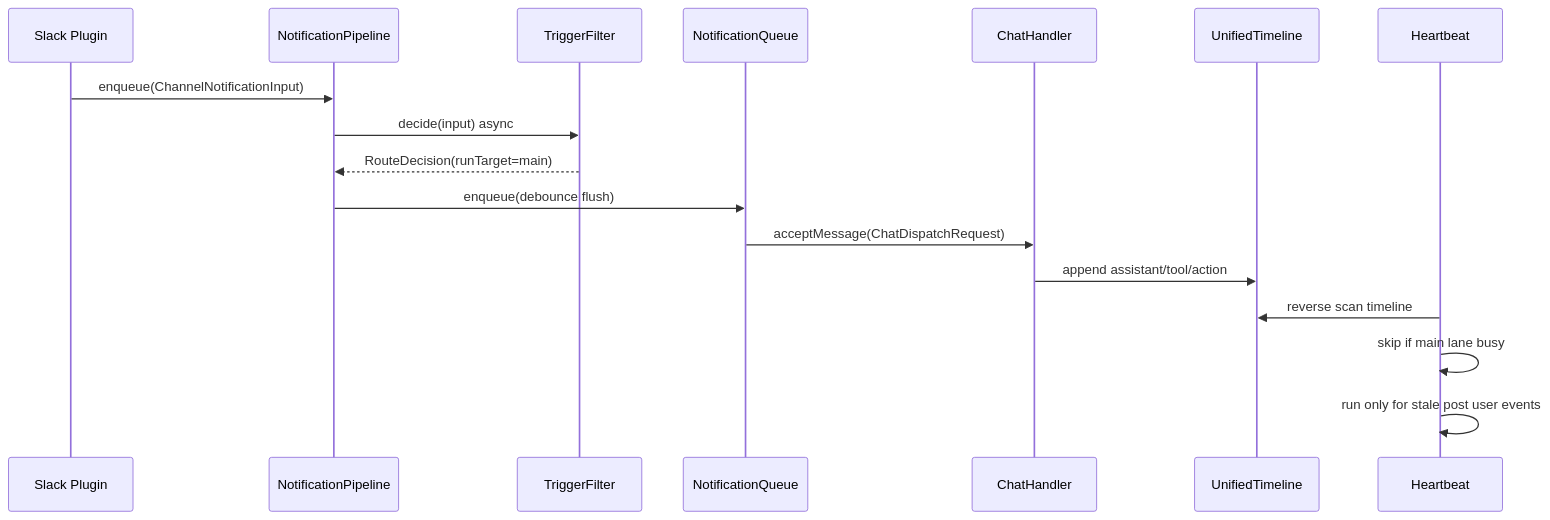
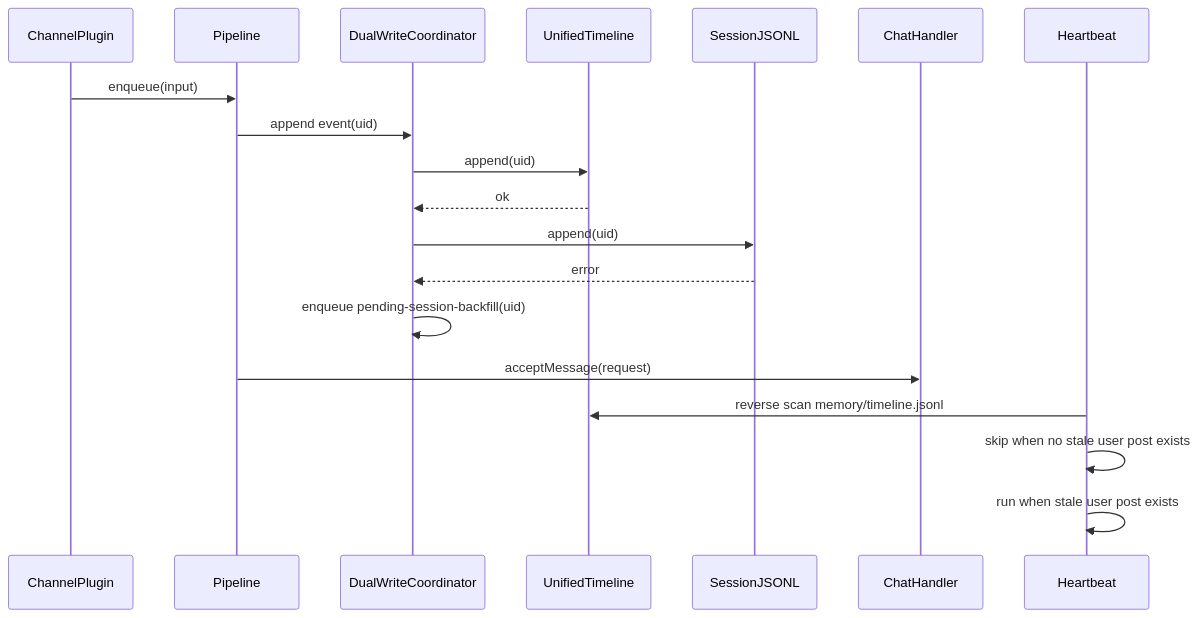
The second of 2 diagrams in doc/plan/260217-s01-openclaw-proactive-gateway-integration.md (masahide/adjutant), drawn with Mermaid before and after one commit. The commit also changed other lines of this file and 1 other file, not shown here.

````diff
--- a/doc/plan/260217-s01-openclaw-proactive-gateway-integration.md
+++ b/doc/plan/260217-s01-openclaw-proactive-gateway-integration.md
@@ -278,21 +324,23 @@
 ```mermaid
 sequenceDiagram
-  participant Slack as Slack Plugin
-  participant Pipe as NotificationPipeline
-  participant Filter as TriggerFilter
-  participant Queue as NotificationQueue
-  participant Chat as ChatHandler
+  participant Plug as ChannelPlugin
+  participant Pipe as Pipeline
+  participant DW as DualWriteCoordinator
   participant TL as UnifiedTimeline
+  participant ST as SessionJSONL
+  participant API as ChatHandler
   participant HB as Heartbeat
 
-  Slack->>Pipe: enqueue(ChannelNotificationInput)
-  Pipe->>Filter: decide(input) async
-  Filter-->>Pipe: RouteDecision(runTarget=main)
-  Pipe->>Queue: enqueue(debounce flush)
-  Queue->>Chat: acceptMessage(ChatDispatchRequest)
-  Chat->>TL: append assistant/tool/action
+  Plug->>Pipe: enqueue(input)
+  Pipe->>DW: append event(uid)
+  DW->>TL: append(uid)
+  TL-->>DW: ok
+  DW->>ST: append(uid)
+  ST-->>DW: error
+  DW->>DW: enqueue pending-session-backfill(uid)
+  Pipe->>API: acceptMessage(request)
 
-  HB->>TL: reverse scan timeline
-  HB->>HB: skip if main lane busy
-  HB->>HB: run only for stale post user events
+  HB->>TL: reverse scan memory/timeline.jsonl
+  HB->>HB: skip when no stale user post exists
+  HB->>HB: run when stale user post exists
 ```
````
